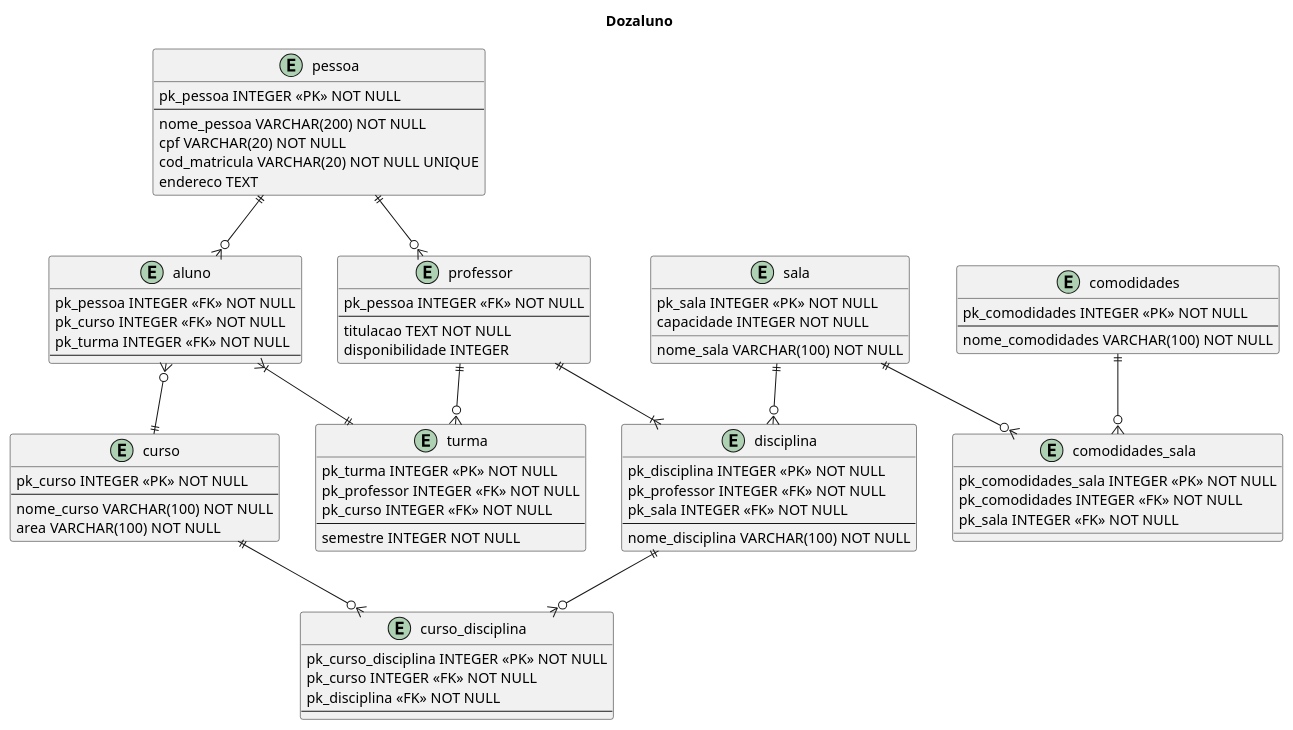
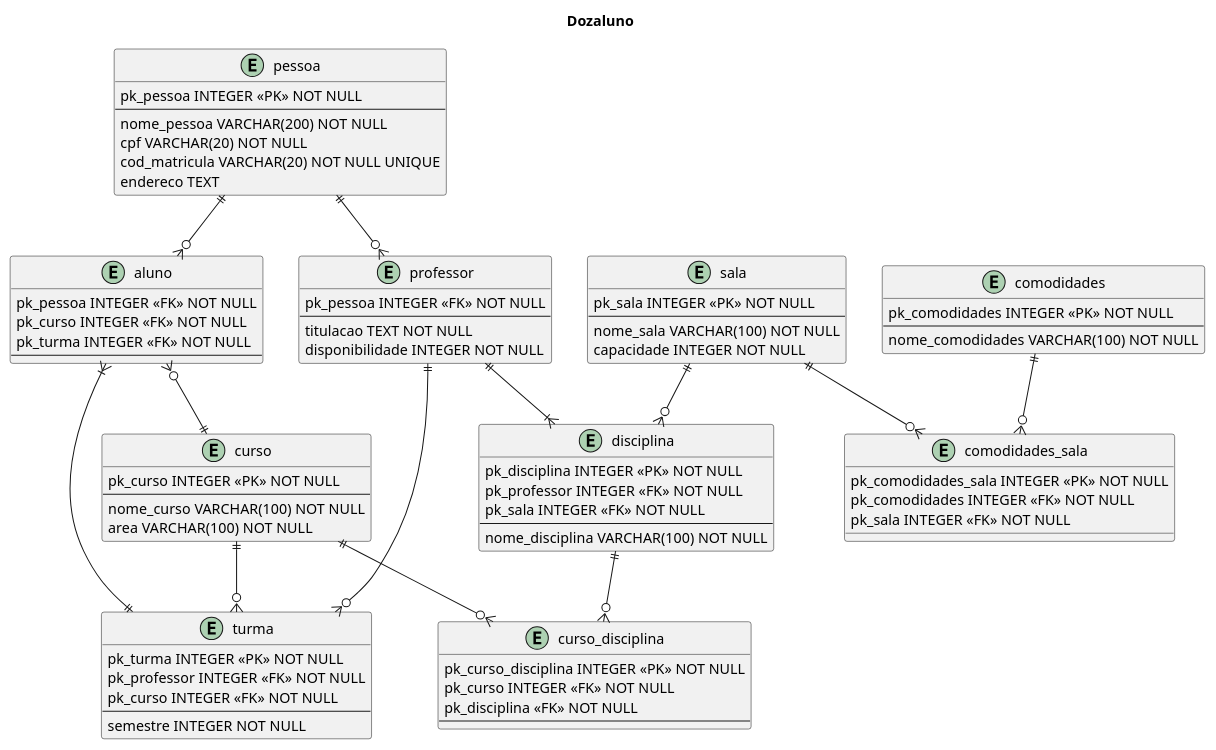
One commit to galaticghost/NovaGuieqKlarrind changed the diagram in ferias_nestor/dozaluno/modelagemLogica.wsd. Above: the diagram before and after it, drawn with PlantUML.

```diff
--- a/ferias_nestor/dozaluno/modelagemLogica.wsd
+++ b/ferias_nestor/dozaluno/modelagemLogica.wsd
@@ -1,94 +1,97 @@
 @startuml Dozaluno
 
 title Dozaluno
 
 entity pessoa{
     pk_pessoa INTEGER <<PK>> NOT NULL
     --
     nome_pessoa VARCHAR(200) NOT NULL
     cpf VARCHAR(20) NOT NULL
     cod_matricula VARCHAR(20) NOT NULL UNIQUE
     endereco TEXT
 }
 
 entity aluno{
     pk_pessoa INTEGER <<FK>> NOT NULL
     pk_curso INTEGER <<FK>> NOT NULL
     pk_turma INTEGER <<FK>> NOT NULL
     --
 }
 
 entity professor{
     pk_pessoa INTEGER <<FK>> NOT NULL
     --
     titulacao TEXT NOT NULL
-    disponibilidade INTEGER
+    disponibilidade INTEGER NOT NULL
 }
 
 entity curso{
     pk_curso INTEGER <<PK>> NOT NULL
     --
     nome_curso VARCHAR(100) NOT NULL
     area VARCHAR(100) NOT NULL
 }
 
 entity disciplina{
     pk_disciplina INTEGER <<PK>> NOT NULL
     pk_professor INTEGER <<FK>> NOT NULL
     pk_sala INTEGER <<FK>> NOT NULL 
     --
     nome_disciplina VARCHAR(100) NOT NULL
 }
 
 entity curso_disciplina{
     pk_curso_disciplina INTEGER <<PK>> NOT NULL
     pk_curso INTEGER <<FK>> NOT NULL
     pk_disciplina <<FK>> NOT NULL
     --
 }
 
 entity sala{
     pk_sala INTEGER <<PK>> NOT NULL
+    --
     nome_sala VARCHAR(100) NOT NULL
     capacidade INTEGER NOT NULL
 }
 
 entity turma{
     pk_turma INTEGER <<PK>> NOT NULL
     pk_professor INTEGER <<FK>> NOT NULL
     pk_curso INTEGER <<FK>> NOT NULL
     --
     semestre INTEGER NOT NULL
 }
 
 entity comodidades{
     pk_comodidades INTEGER <<PK>> NOT NULL
     --
     nome_comodidades VARCHAR(100) NOT NULL
 }
 
 entity comodidades_sala{
     pk_comodidades_sala INTEGER <<PK>> NOT NULL
     pk_comodidades INTEGER <<FK>> NOT NULL
     pk_sala INTEGER <<FK>> NOT NULL
 }
 
 
 pessoa ||--o{ aluno
 pessoa ||--o{ professor
 aluno }o--|| curso
 
 curso ||--o{ curso_disciplina
 disciplina ||--o{ curso_disciplina
 
 comodidades  ||--o{ comodidades_sala
 sala ||--o{ comodidades_sala
 
 sala ||--o{ disciplina
 
 professor ||--o{ turma
 professor ||--|{ disciplina
 
 aluno }|--|| turma
 
+curso ||--o{ turma
+
 @enduml 
```
